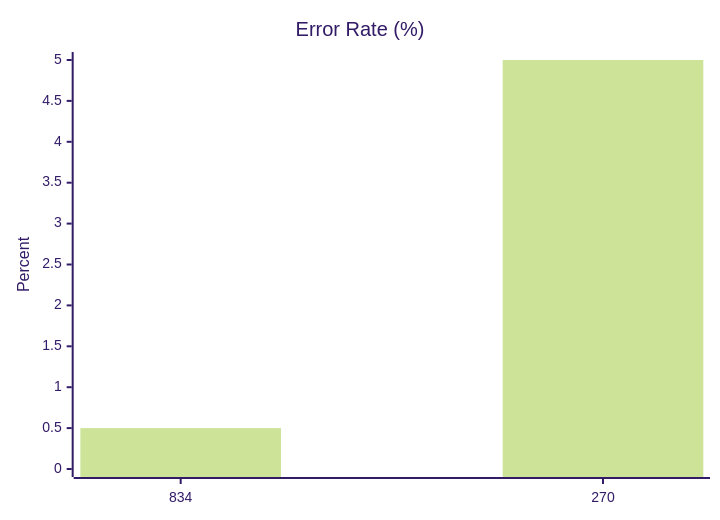
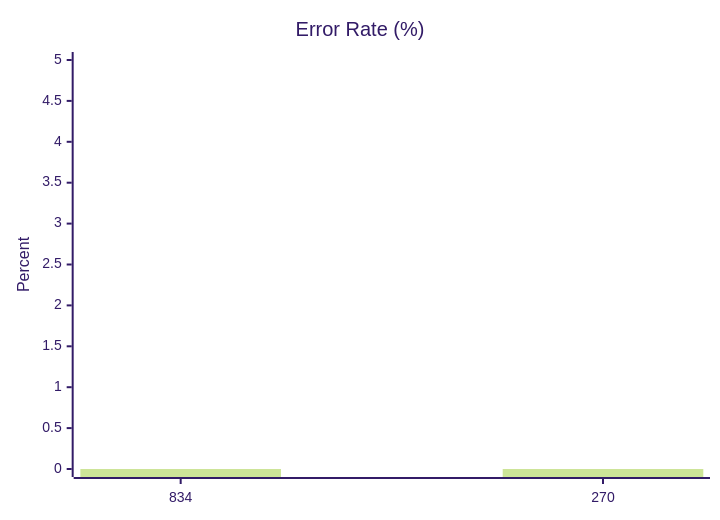
The fourth of 10 diagrams in test-tools/DataGen/src/Statistics_Visualizer.md (dhagan-va/intern-2025), drawn with Mermaid (forest theme) before and after one commit. The commit also changed other lines of this file and 6 other files, not shown here.

````diff
--- a/test-tools/DataGen/src/Statistics_Visualizer.md
+++ b/test-tools/DataGen/src/Statistics_Visualizer.md
@@ -47,7 +47,7 @@
 ```mermaid
 xychart-beta
     title "Error Rate (%)"
     x-axis ["834", "270"]
     y-axis "Percent" 0 --> 5
-    bar [0.5, 5.0]
+    bar [0, 0]
 ```
````
